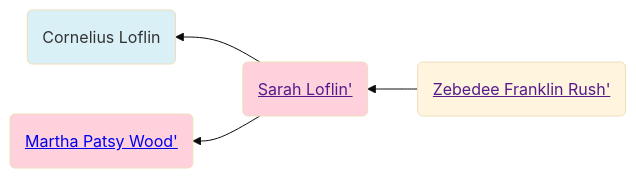
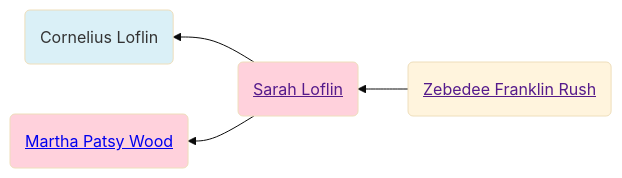
One commit to neelsmith/avocational changed the diagram in familyhistory/sources/people/Rush-line/Zebedee_Franklin_Rush.qmd. Above: the diagram before and after it, drawn with Mermaid (base theme). The commit also changed 96 other files, not shown here.

````diff
--- a/familyhistory/sources/people/Rush-line/Zebedee_Franklin_Rush.qmd
+++ b/familyhistory/sources/people/Rush-line/Zebedee_Franklin_Rush.qmd
@@ -19,14 +19,14 @@
 ```{mermaid}
 graph RL
 %% RL ancestor diagram
-Zebedee_Franklin_Rush(<a href=''>Zebedee Franklin Rush'</>)  --> Sarah_Loflin(<a href='./../Randolph_county_lines/Loflin/Sarah_Loflin.html'>Sarah Loflin'</>)
-Sarah_Loflin(<a href=''>Sarah Loflin'</>) -->  Cornelius_Loflin(Cornelius Loflin)
+Zebedee_Franklin_Rush(<a href=''>Zebedee Franklin Rush</a>)  --> Sarah_Loflin(<a href='./../Randolph_county_lines/Loflin/Sarah_Loflin.html'>Sarah Loflin</a>)
+Sarah_Loflin(<a href=''>Sarah Loflin</a>) -->  Cornelius_Loflin(Cornelius Loflin)
 class Cornelius_Loflin father
-Sarah_Loflin(<a href=''>Sarah Loflin'</>)  --> Martha_Patsy_Wood(<a href='./../Martha_Patsy_Wood.html'>Martha Patsy Wood'</>)
+Sarah_Loflin(<a href=''>Sarah Loflin</a>)  --> Martha_Patsy_Wood(<a href='./../Martha_Patsy_Wood.html'>Martha Patsy Wood</a>)
 class Martha_Patsy_Wood mother
 class Sarah_Loflin mother
 classDef mother fill:#ffd1dc
 classDef father fill:#daf0f7  
 classDef marriage fill:#ffffff
 
 ```
````
